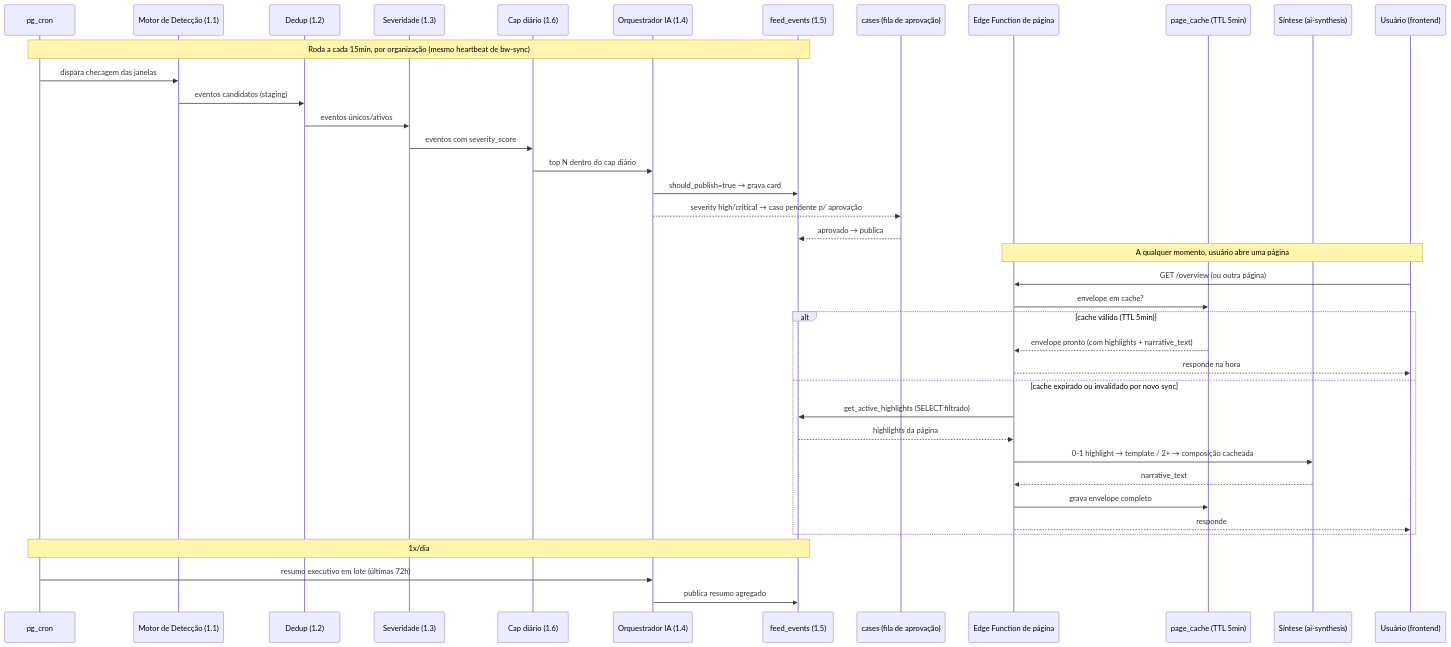
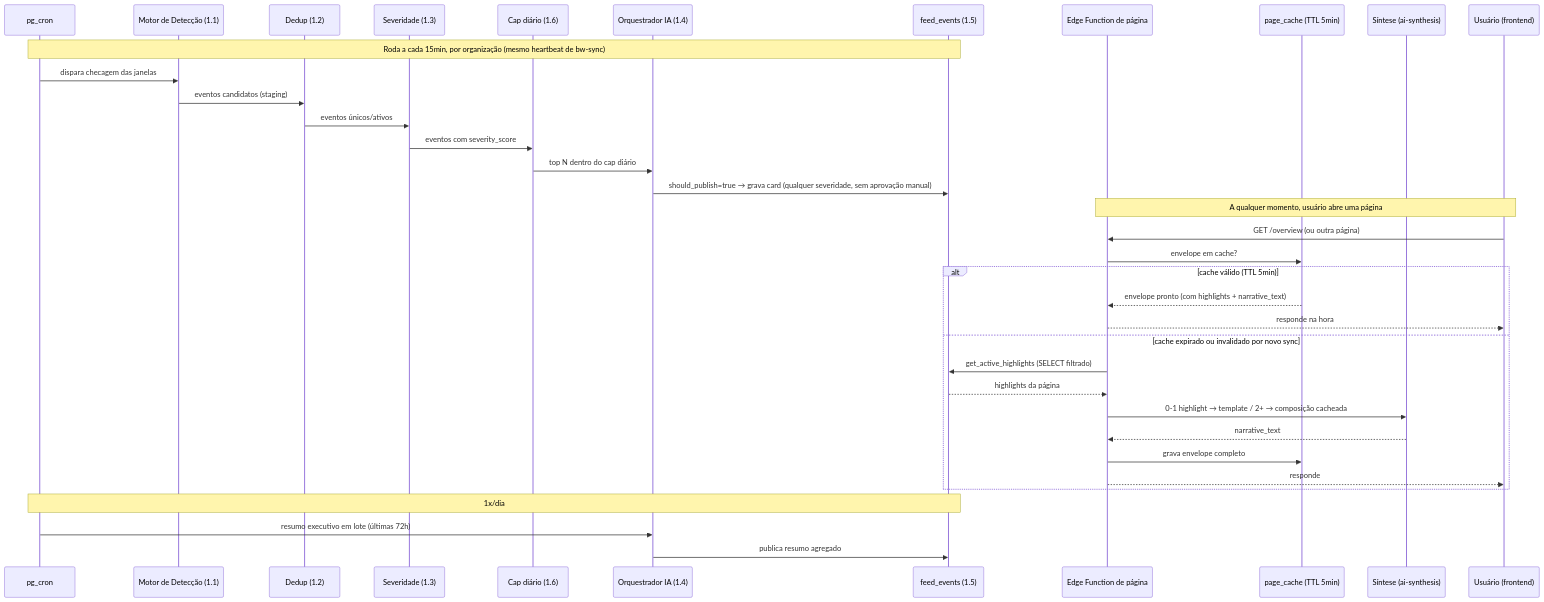
One commit to reputationcustom/dev-reputation changed the second of 3 diagrams in .dev/specs/event-radar/fluxo-aggregated-metrics.md. Above: the diagram before and after it, drawn with Mermaid. The commit also changed other lines of this file and 8 other files, not shown here.

````diff
--- a/.dev/specs/event-radar/fluxo-aggregated-metrics.md
+++ b/.dev/specs/event-radar/fluxo-aggregated-metrics.md
@@ -91,44 +91,41 @@
 ```mermaid
 sequenceDiagram
     participant Cron as pg_cron
     participant Det as Motor de Detecção (1.1)
     participant Dedup as Dedup (1.2)
     participant Sev as Severidade (1.3)
     participant Cap as Cap diário (1.6)
     participant Agent as Orquestrador IA (1.4)
     participant Feed as feed_events (1.5)
-    participant CC as cases (fila de aprovação)
     participant Edge as Edge Function de página
     participant Cache as page_cache (TTL 5min)
     participant Synth as Síntese (ai-synthesis)
     participant User as Usuário (frontend)
 
     Note over Cron,Feed: Roda a cada 15min, por organização (mesmo heartbeat de bw-sync)
     Cron->>Det: dispara checagem das janelas
     Det->>Dedup: eventos candidatos (staging)
     Dedup->>Sev: eventos únicos/ativos
     Sev->>Cap: eventos com severity_score
     Cap->>Agent: top N dentro do cap diário
-    Agent->>Feed: should_publish=true → grava card
-    Agent-->>CC: severity high/critical → caso pendente p/ aprovação
-    CC-->>Feed: aprovado → publica
+    Agent->>Feed: should_publish=true → grava card (qualquer severidade, sem aprovação manual)
 
     Note over User,Edge: A qualquer momento, usuário abre uma página
     User->>Edge: GET /overview (ou outra página)
     Edge->>Cache: envelope em cache?
     alt cache válido (TTL 5min)
         Cache-->>Edge: envelope pronto (com highlights + narrative_text)
         Edge-->>User: responde na hora
     else cache expirado ou invalidado por novo sync
         Edge->>Feed: get_active_highlights (SELECT filtrado)
         Feed-->>Edge: highlights da página
         Edge->>Synth: 0-1 highlight → template / 2+ → composição cacheada
         Synth-->>Edge: narrative_text
         Edge->>Cache: grava envelope completo
         Edge-->>User: responde
     end
 
     Note over Cron,Feed: 1x/dia
     Cron->>Agent: resumo executivo em lote (últimas 72h)
     Agent->>Feed: publica resumo agregado
 ```
````
